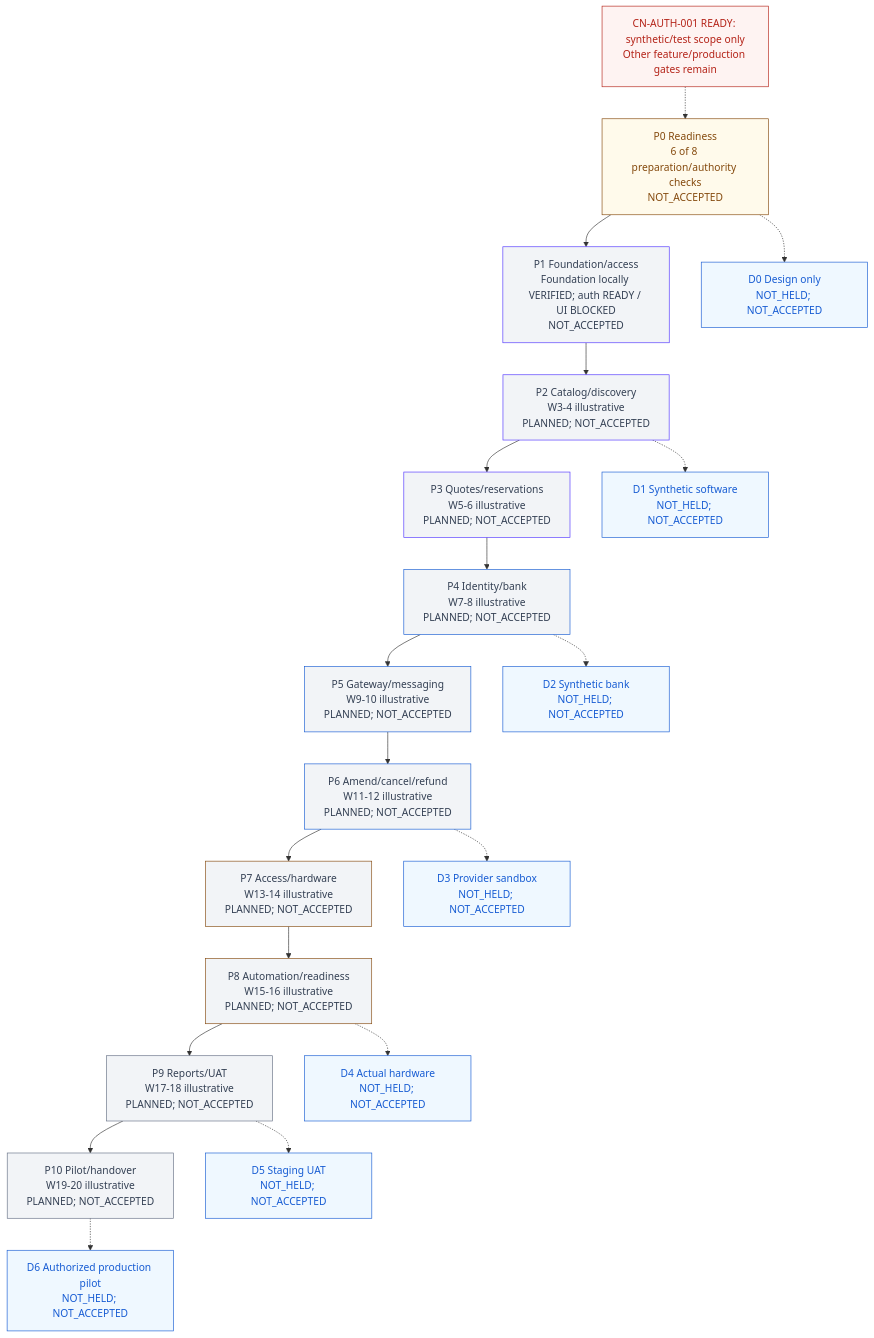
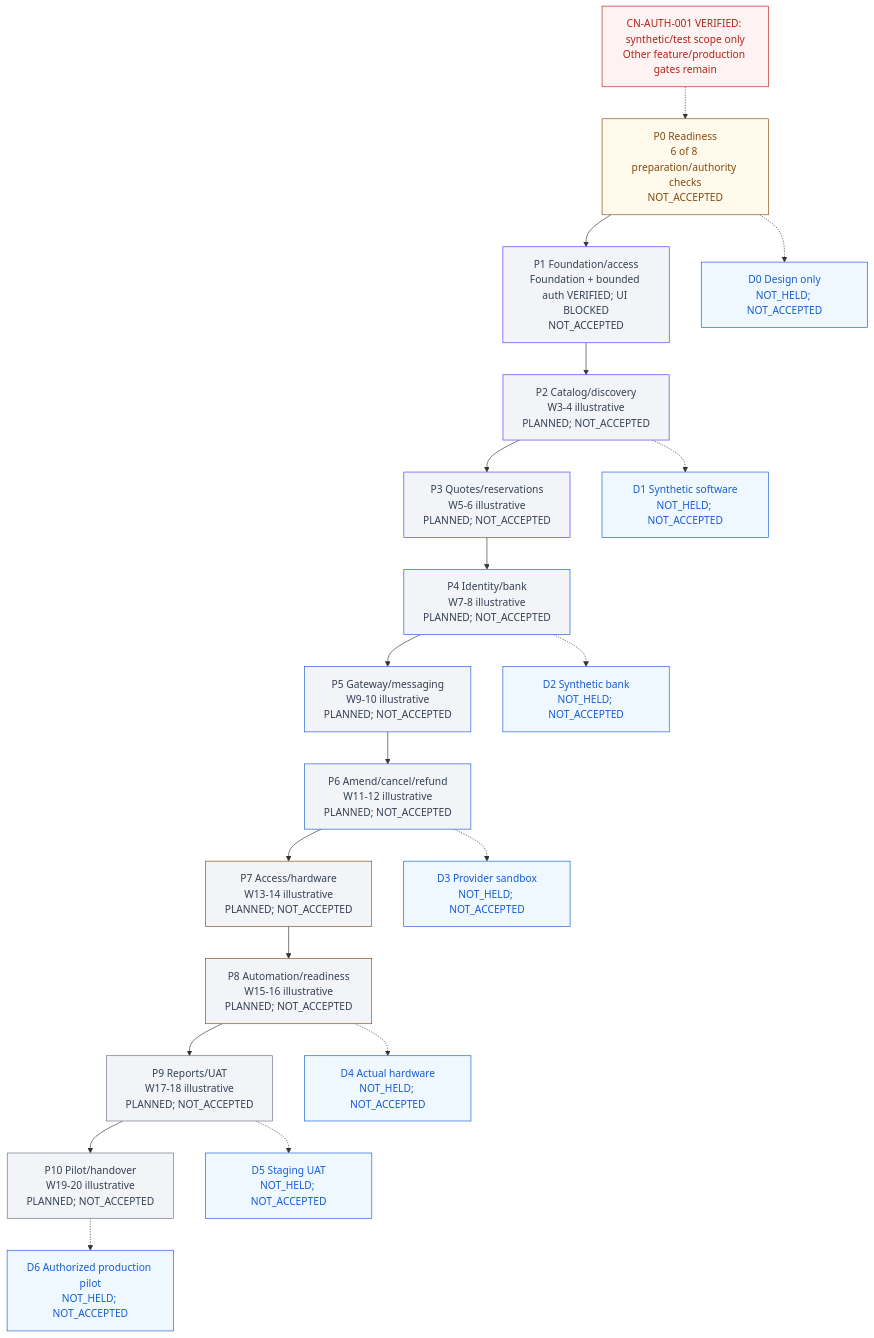
One commit to Hasitha3513/Theater-Project changed the diagram in knowledge/PROGRESS.md. Above: the diagram before and after it, drawn with Mermaid. The commit also changed other lines of this file and 18 other files, not shown here.

````diff
--- a/knowledge/PROGRESS.md
+++ b/knowledge/PROGRESS.md
@@ -221,45 +236,45 @@
 ```mermaid
 flowchart TB
-  G["CN-AUTH-001 READY: synthetic/test scope only<br/>Other feature/production gates remain"]
+  G["CN-AUTH-001 VERIFIED: synthetic/test scope only<br/>Other feature/production gates remain"]
   P0["P0 Readiness<br/>6 of 8 preparation/authority checks<br/>NOT_ACCEPTED"]
-  P1["P1 Foundation/access<br/>Foundation locally VERIFIED; auth READY / UI BLOCKED<br/>NOT_ACCEPTED"]
+  P1["P1 Foundation/access<br/>Foundation + bounded auth VERIFIED; UI BLOCKED<br/>NOT_ACCEPTED"]
   P2["P2 Catalog/discovery<br/>W3-4 illustrative<br/>PLANNED; NOT_ACCEPTED"]
   P3["P3 Quotes/reservations<br/>W5-6 illustrative<br/>PLANNED; NOT_ACCEPTED"]
   P4["P4 Identity/bank<br/>W7-8 illustrative<br/>PLANNED; NOT_ACCEPTED"]
   P5["P5 Gateway/messaging<br/>W9-10 illustrative<br/>PLANNED; NOT_ACCEPTED"]
   P6["P6 Amend/cancel/refund<br/>W11-12 illustrative<br/>PLANNED; NOT_ACCEPTED"]
   P7["P7 Access/hardware<br/>W13-14 illustrative<br/>PLANNED; NOT_ACCEPTED"]
   P8["P8 Automation/readiness<br/>W15-16 illustrative<br/>PLANNED; NOT_ACCEPTED"]
   P9["P9 Reports/UAT<br/>W17-18 illustrative<br/>PLANNED; NOT_ACCEPTED"]
   P10["P10 Pilot/handover<br/>W19-20 illustrative<br/>PLANNED; NOT_ACCEPTED"]
   G -.-> P0
   P0 --> P1 --> P2 --> P3 --> P4 --> P5 --> P6 --> P7 --> P8 --> P9 --> P10
   D0["D0 Design only<br/>NOT_HELD; NOT_ACCEPTED"]
   D1["D1 Synthetic software<br/>NOT_HELD; NOT_ACCEPTED"]
   D2["D2 Synthetic bank<br/>NOT_HELD; NOT_ACCEPTED"]
   D3["D3 Provider sandbox<br/>NOT_HELD; NOT_ACCEPTED"]
   D4["D4 Actual hardware<br/>NOT_HELD; NOT_ACCEPTED"]
   D5["D5 Staging UAT<br/>NOT_HELD; NOT_ACCEPTED"]
   D6["D6 Authorized production pilot<br/>NOT_HELD; NOT_ACCEPTED"]
   P0 -.-> D0
   P2 -.-> D1
   P4 -.-> D2
   P6 -.-> D3
   P8 -.-> D4
   P9 -.-> D5
   P10 -.-> D6
   classDef readiness fill:#FFFAEB,color:#854A0E,stroke:#854A0E;
   classDef foundation fill:#F2F4F7,color:#344054,stroke:#5135FF;
   classDef financial fill:#F2F4F7,color:#344054,stroke:#175CD3;
   classDef physical fill:#F2F4F7,color:#344054,stroke:#854A0E;
   classDef release fill:#F2F4F7,color:#344054,stroke:#667085;
   classDef blocked fill:#FEF3F2,color:#B42318,stroke:#B42318;
   classDef demo fill:#EFF8FF,color:#175CD3,stroke:#175CD3;
   class P0 readiness;
   class P1,P2,P3 foundation;
   class P4,P5,P6 financial;
   class P7,P8 physical;
   class P9,P10 release;
   class G blocked;
   class D0,D1,D2,D3,D4,D5,D6 demo;
 ```
````
